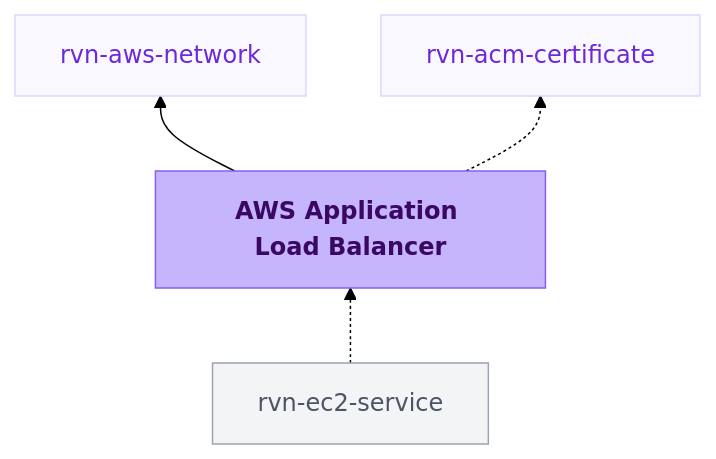
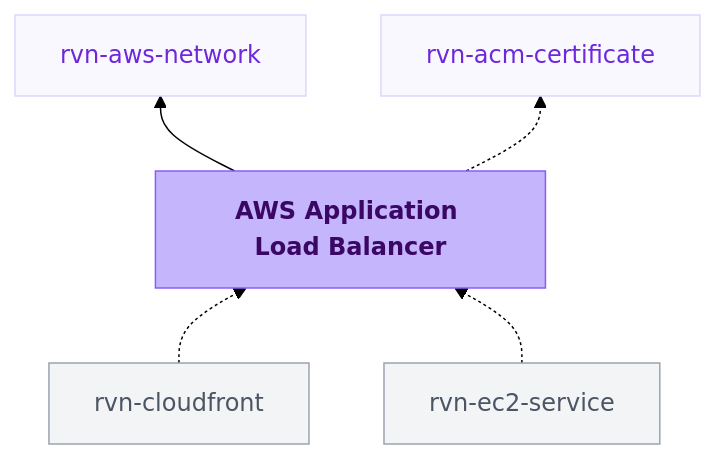
Before and after one commit to flightcontrolhq/docs: the diagram in module-definitions/catalog/rvn-aws-alb.mdx, drawn with Mermaid (forest theme). The commit also changed 2 other files, not shown here.

Commit message:
chore: sync module catalog docs

````diff
--- a/module-definitions/catalog/rvn-aws-alb.mdx
+++ b/module-definitions/catalog/rvn-aws-alb.mdx
@@ -16,19 +16,21 @@
 ```mermaid
 flowchart BT
-  rvn_ec2_service["rvn-ec2-service"] -.-> rvn_aws_alb["<strong>AWS Application Load Balancer</strong>"]
+  rvn_cloudfront["rvn-cloudfront"] -.-> rvn_aws_alb["<strong>AWS Application Load Balancer</strong>"]
+  rvn_ec2_service["rvn-ec2-service"] -.-> rvn_aws_alb
   rvn_aws_alb --> rvn_aws_network["rvn-aws-network"]
   rvn_aws_alb -.-> rvn_acm_certificate["rvn-acm-certificate"]
 
   class rvn_aws_alb current
   class rvn_aws_network,rvn_acm_certificate dependency
-  class rvn_ec2_service consumer
+  class rvn_cloudfront,rvn_ec2_service consumer
 
   classDef current fill:#C4B5FD,stroke:#8B5CF6,color:#3B0764
   classDef dependency fill:#FAF8FF,stroke:#DDD6FE,color:#6D28D9
   classDef consumer fill:#F3F4F6,stroke:#9CA3AF,color:#4B5563
   classDef upstream fill:#F8FAFC,stroke:#CBD5E1,color:#94A3B8
 
+  click rvn_cloudfront "/module-definitions/catalog/rvn-cloudfront" "Open rvn-cloudfront docs"
   click rvn_ec2_service "/module-definitions/catalog/rvn-ec2-service" "Open rvn-ec2-service docs"
   click rvn_aws_network "/module-definitions/catalog/rvn-aws-network" "Open rvn-aws-network docs"
   click rvn_acm_certificate "/module-definitions/catalog/rvn-acm-certificate" "Open rvn-acm-certificate docs"
 ```
````
